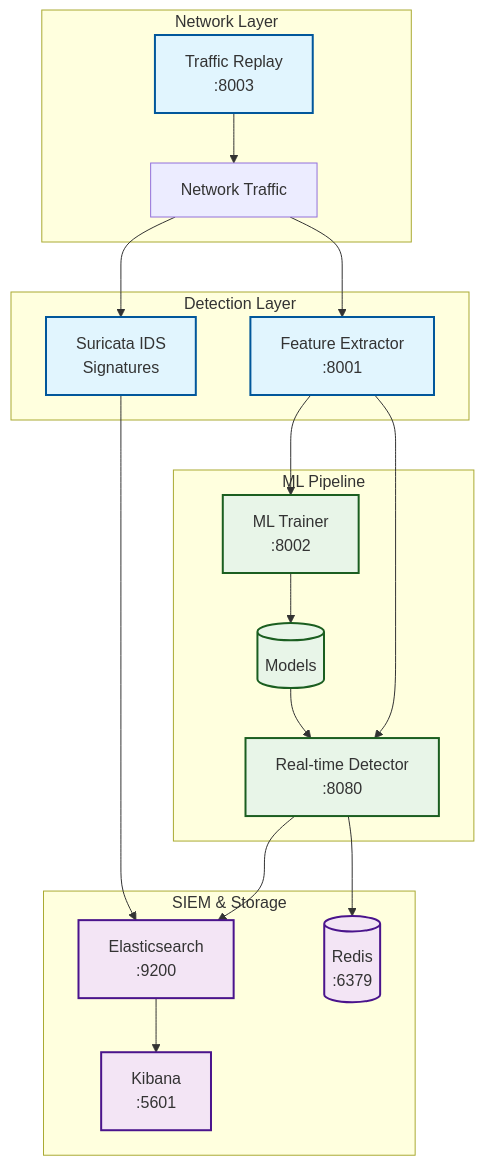
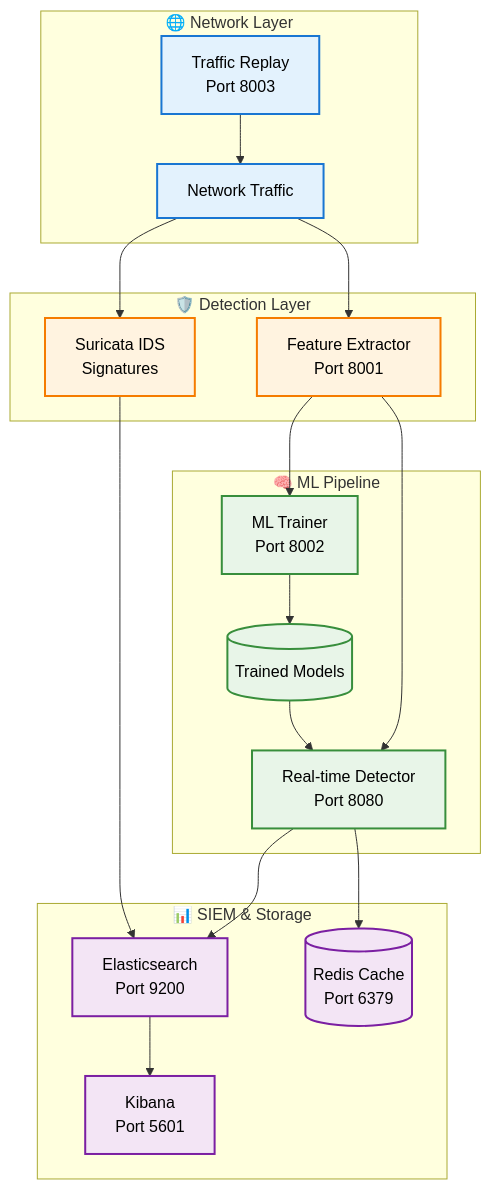
The second of 5 diagrams in README.md (holdennguyen/suricata-ml-ids), drawn with Mermaid before and after one commit. The commit also changed other lines of this file and 1 other file, not shown here.

````diff
--- a/README.md
+++ b/README.md
@@ -90,44 +91,48 @@
 ```mermaid
-graph TB
-    subgraph "Network Layer"
-        Traffic[Network Traffic]
-        Replay[Traffic Replay<br/>:8003]
+flowchart TB
+    subgraph Network["🌐 Network Layer"]
+        Traffic["Network Traffic"]
+        Replay["Traffic Replay<br/>Port 8003"]
     end
     
-    subgraph "Detection Layer"
-        Suricata[Suricata IDS<br/>Signatures]
-        FE[Feature Extractor<br/>:8001]
+    subgraph Detection["🛡️ Detection Layer"]
+        Suricata["Suricata IDS<br/>Signatures"]
+        FE["Feature Extractor<br/>Port 8001"]
     end
     
-    subgraph "ML Pipeline"
-        Trainer[ML Trainer<br/>:8002]
-        Models[(Models)]
-        RD[Real-time Detector<br/>:8080]
+    subgraph ML["🧠 ML Pipeline"]
+        Trainer["ML Trainer<br/>Port 8002"]
+        Models[("Trained Models")]
+        RD["Real-time Detector<br/>Port 8080"]
     end
     
-    subgraph "SIEM & Storage"
-        ES[Elasticsearch<br/>:9200]
-        KB[Kibana<br/>:5601]
-        Redis[(Redis<br/>:6379)]
+    subgraph SIEM["📊 SIEM & Storage"]
+        ES["Elasticsearch<br/>Port 9200"]
+        KB["Kibana<br/>Port 5601"]
+        Redis[("Redis Cache<br/>Port 6379")]
     end
     
+    %% Data Flow
     Traffic --> Suricata
     Traffic --> FE
     Replay --> Traffic
     Suricata --> ES
     FE --> Trainer
     Trainer --> Models
     Models --> RD
     FE --> RD
     RD --> ES
+    RD --> Redis
     ES --> KB
-    RD --> Redis
     
-    classDef serviceBox fill:#e1f5fe,stroke:#01579b,stroke-width:2px
-    classDef dataBox fill:#f3e5f5,stroke:#4a148c,stroke-width:2px
-    classDef mlBox fill:#e8f5e8,stroke:#1b5e20,stroke-width:2px
+    %% Styling
+    classDef networkStyle fill:#e3f2fd,stroke:#1976d2,stroke-width:2px,color:#000
+    classDef detectionStyle fill:#fff3e0,stroke:#f57c00,stroke-width:2px,color:#000
+    classDef mlStyle fill:#e8f5e8,stroke:#388e3c,stroke-width:2px,color:#000
+    classDef siemStyle fill:#f3e5f5,stroke:#7b1fa2,stroke-width:2px,color:#000
     
-    class Suricata,FE,Replay serviceBox
-    class Trainer,RD,Models mlBox
-    class ES,KB,Redis dataBox
+    class Traffic,Replay networkStyle
+    class Suricata,FE detectionStyle
+    class Trainer,Models,RD mlStyle
+    class ES,KB,Redis siemStyle
 ```
````
